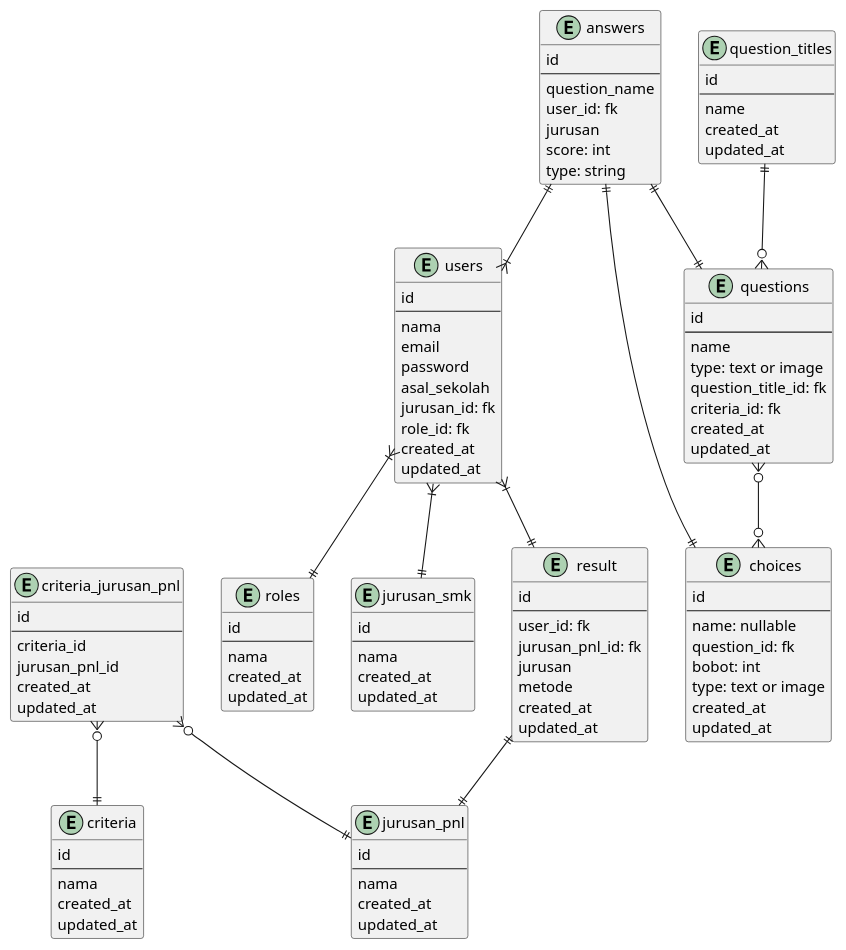
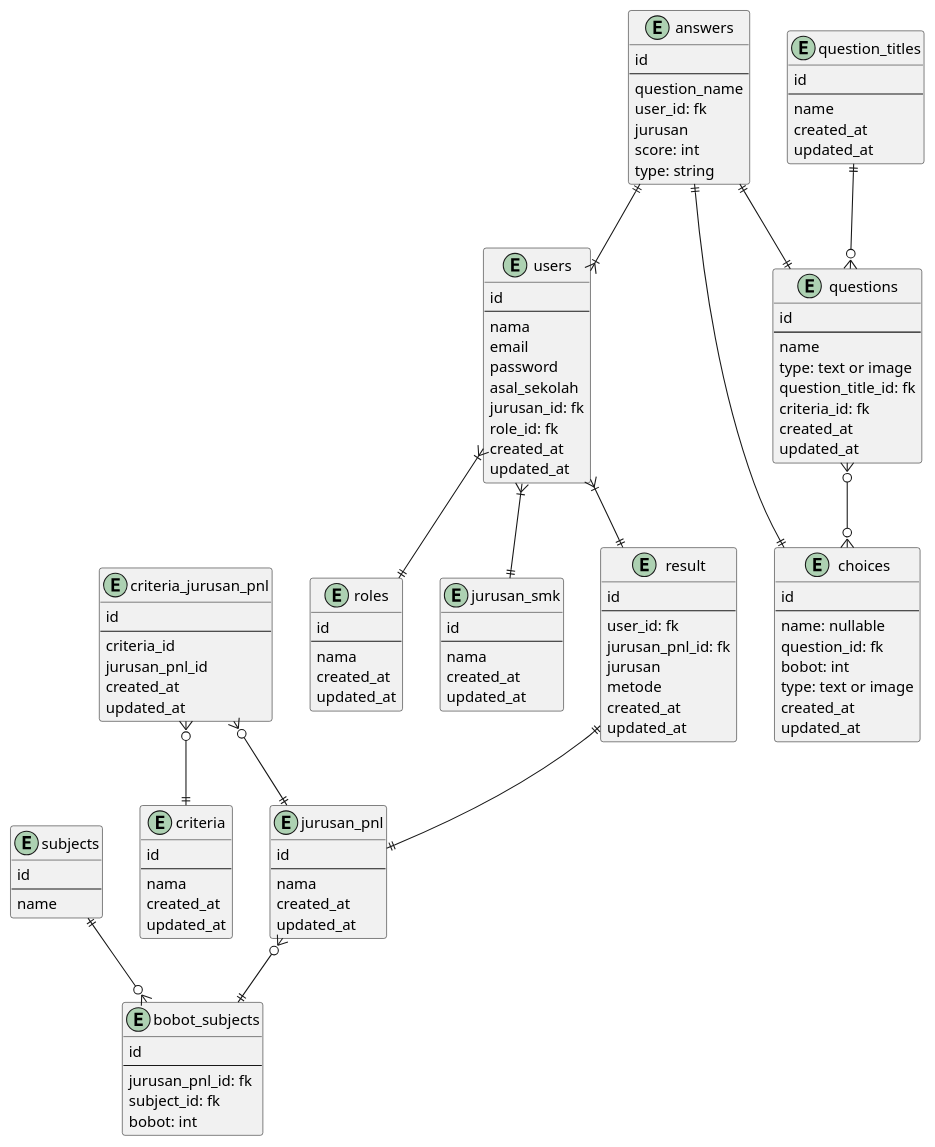
One commit to fuadvi/topsis-kopas changed the diagram in erd/erd.puml. Above: the diagram before and after it, drawn with PlantUML. The commit also changed 23 other files, not shown here.

```diff
--- a/erd/erd.puml
+++ b/erd/erd.puml
@@ -1,128 +1,149 @@
 @startuml
 
 entity roles{
     id
     --
     nama
     created_at
     updated_at
 }
 
 entity jurusan_smk{
     id
     --
     nama
     created_at
     updated_at
 }
 
 
 entity users {
     id
     --
     nama
     email
     password
     asal_sekolah
     jurusan_id: fk
     role_id: fk
     created_at
     updated_at
 }
 
 entity question_titles {
     id
     --
     name
     created_at
     updated_at
 }
 
 entity questions {
     id
     --
     name
     type: text or image
     question_title_id: fk
     criteria_id: fk
     created_at
     updated_at
 }
 
 entity choices {
     id
     --
     name: nullable
     question_id: fk
     bobot: int
     type: text or image
     created_at
     updated_at
 }
 
 entity answers {
     id
     --
     question_name
     user_id: fk
     jurusan
     score: int
     type: string
 }
 
 entity jurusan_pnl
 {
     id
     --
     nama
     created_at
     updated_at
 }
 
 entity criteria
 {
     id
     --
     nama
     created_at
     updated_at
 }
 
 entity criteria_jurusan_pnl
 {
     id
     --
     criteria_id
     jurusan_pnl_id
     created_at
     updated_at
 }
 
 entity result
 {
     id
     --
     user_id: fk
     jurusan_pnl_id: fk
     jurusan
     metode
     created_at
     updated_at
 }
 
 
+entity subjects
+{
+    id
+    --
+    name
+}
+
+entity bobot_subjects
+{
+    id
+    --
+    jurusan_pnl_id: fk
+    subject_id: fk
+    bobot: int
+}
+
+
+
+
 users }|--||roles
 users }|--||result
 result ||--|| jurusan_pnl
 users }|--||jurusan_smk
 question_titles ||--o{ questions
 questions }o--o{ choices
 choices ||--||answers
 answers ||--|{ users
 answers ||--|| questions
 criteria_jurusan_pnl }o--|| criteria
 criteria_jurusan_pnl }o--|| jurusan_pnl
+jurusan_pnl }o--|| bobot_subjects
+subjects ||--o{ bobot_subjects
 
 
 
 @enduml
```
